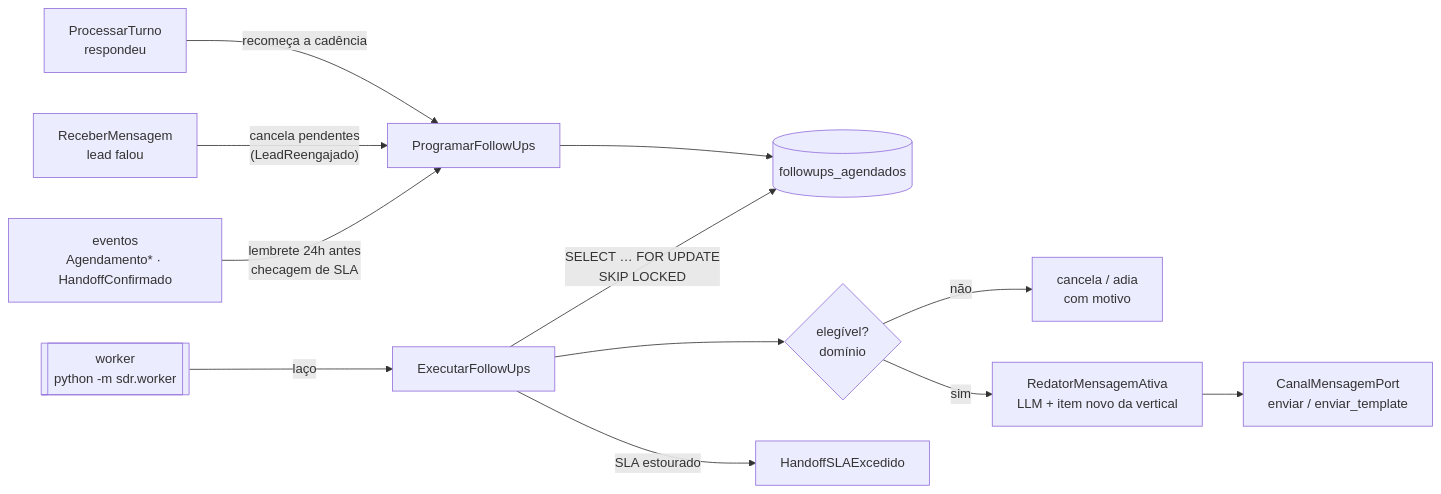
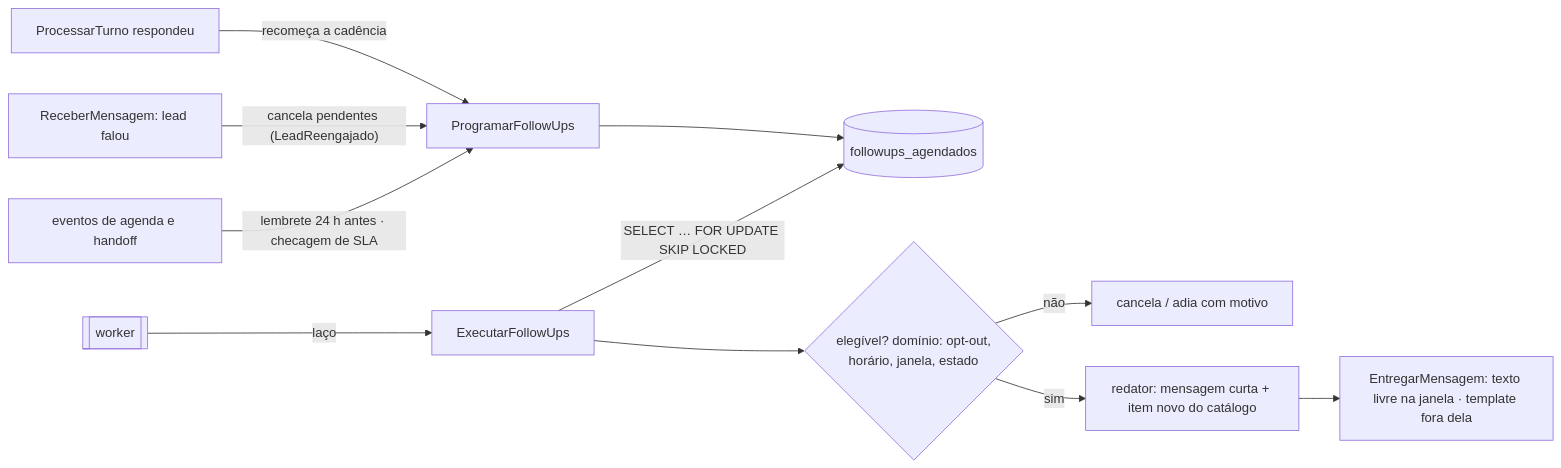
One commit to amaranini/tech-challenge-fase-5 changed the tenth of 13 diagrams in docs/arquitetura.md. Above: the diagram before and after it, drawn with Mermaid. The commit also changed other lines of this file and 22 other files, not shown here.

````diff
--- a/docs/arquitetura.md
+++ b/docs/arquitetura.md
@@ -338,14 +345,13 @@
 ```mermaid
 flowchart LR
-    PT[ProcessarTurno<br/>respondeu] -- "recomeça a cadência" --> PF[ProgramarFollowUps]
-    RM[ReceberMensagem<br/>lead falou] -- "cancela pendentes<br/>(LeadReengajado)" --> PF
-    EV[eventos<br/>Agendamento* · HandoffConfirmado] -- "lembrete 24h antes<br/>checagem de SLA" --> PF
+    PT[ProcessarTurno respondeu] -- "recomeça a cadência" --> PF[ProgramarFollowUps]
+    RM[ReceberMensagem: lead falou] -- "cancela pendentes (LeadReengajado)" --> PF
+    EV[eventos de agenda e handoff] -- "lembrete 24 h antes · checagem de SLA" --> PF
     PF --> Q[(followups_agendados)]
-    W[[worker<br/>python -m sdr.worker]] -- "laço" --> EX[ExecutarFollowUps]
-    EX -- "SELECT … FOR UPDATE<br/>SKIP LOCKED" --> Q
-    EX --> EL{elegível?<br/>domínio}
-    EL -- "não" --> C[cancela / adia<br/>com motivo]
-    EL -- "sim" --> R[RedatorMensagemAtiva<br/>LLM + item novo da vertical]
-    R --> CAN[CanalMensagemPort<br/>enviar / enviar_template]
-    EX -- "SLA estourado" --> SLA[HandoffSLAExcedido]
+    W[[worker]] -- laço --> EX[ExecutarFollowUps]
+    EX -- "SELECT … FOR UPDATE SKIP LOCKED" --> Q
+    EX --> EL{elegível? domínio: opt-out,<br/>horário, janela, estado}
+    EL -- não --> C[cancela / adia com motivo]
+    EL -- sim --> RED[redator: mensagem curta + item novo do catálogo]
+    RED --> ENT[EntregarMensagem: texto livre na janela · template fora dela]
 ```
````
